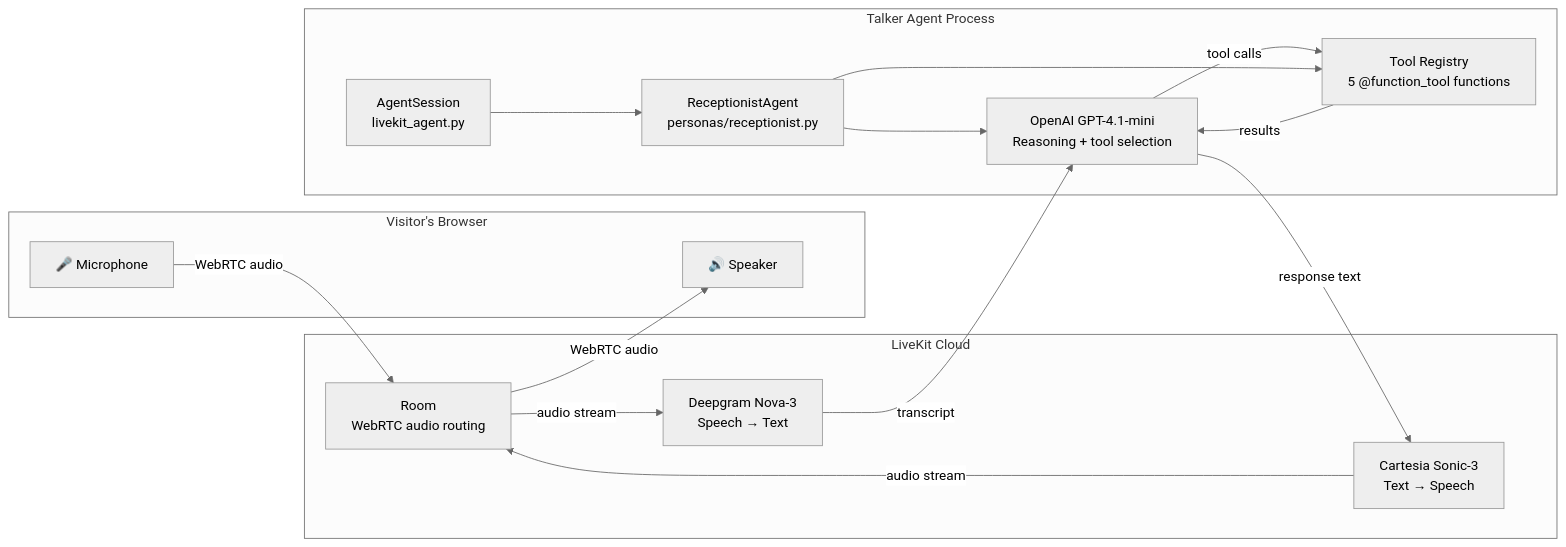
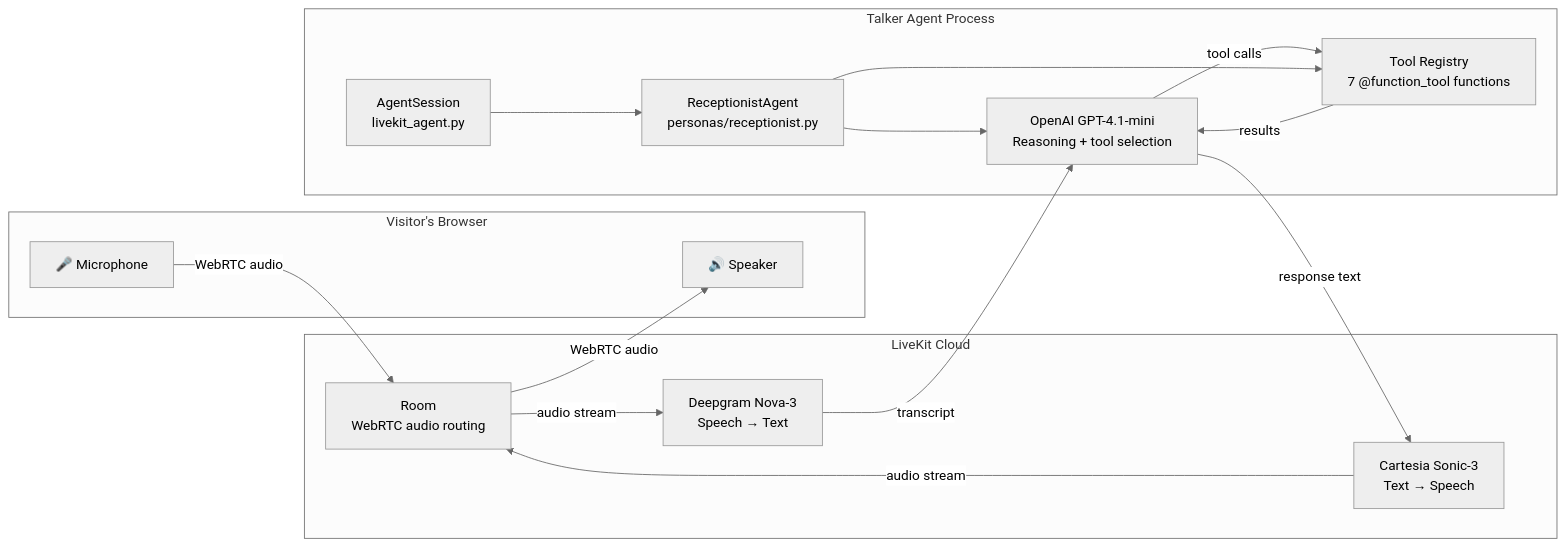
The first of 22 diagrams in docs/livekit-architecture.md (bodharma/talker), drawn with Mermaid (neutral theme) before and after one commit. The commit also changed other lines of this file and 3 other files, not shown here.

````diff
--- a/docs/livekit-architecture.md
+++ b/docs/livekit-architecture.md
@@ -13,33 +13,33 @@
 ```mermaid
 graph LR
     subgraph "Visitor's Browser"
         MIC["🎤 Microphone"]
         SPK["🔊 Speaker"]
     end
 
     subgraph "LiveKit Cloud"
         ROOM["Room<br/>WebRTC audio routing"]
         STT["Deepgram Nova-3<br/>Speech → Text"]
         TTS["Cartesia Sonic-3<br/>Text → Speech"]
     end
 
     subgraph "Talker Agent Process"
         SESSION["AgentSession<br/>livekit_agent.py"]
         PERSONA["ReceptionistAgent<br/>personas/receptionist.py"]
         LLM["OpenAI GPT-4.1-mini<br/>Reasoning + tool selection"]
-        TOOLS["Tool Registry<br/>5 @function_tool functions"]
+        TOOLS["Tool Registry<br/>7 @function_tool functions"]
     end
 
     MIC -->|WebRTC audio| ROOM
     ROOM -->|audio stream| STT
     STT -->|transcript| LLM
     LLM -->|tool calls| TOOLS
     TOOLS -->|results| LLM
     LLM -->|response text| TTS
     TTS -->|audio stream| ROOM
     ROOM -->|WebRTC audio| SPK
 
     SESSION --> PERSONA
     PERSONA --> LLM
     PERSONA --> TOOLS
 ```
````
